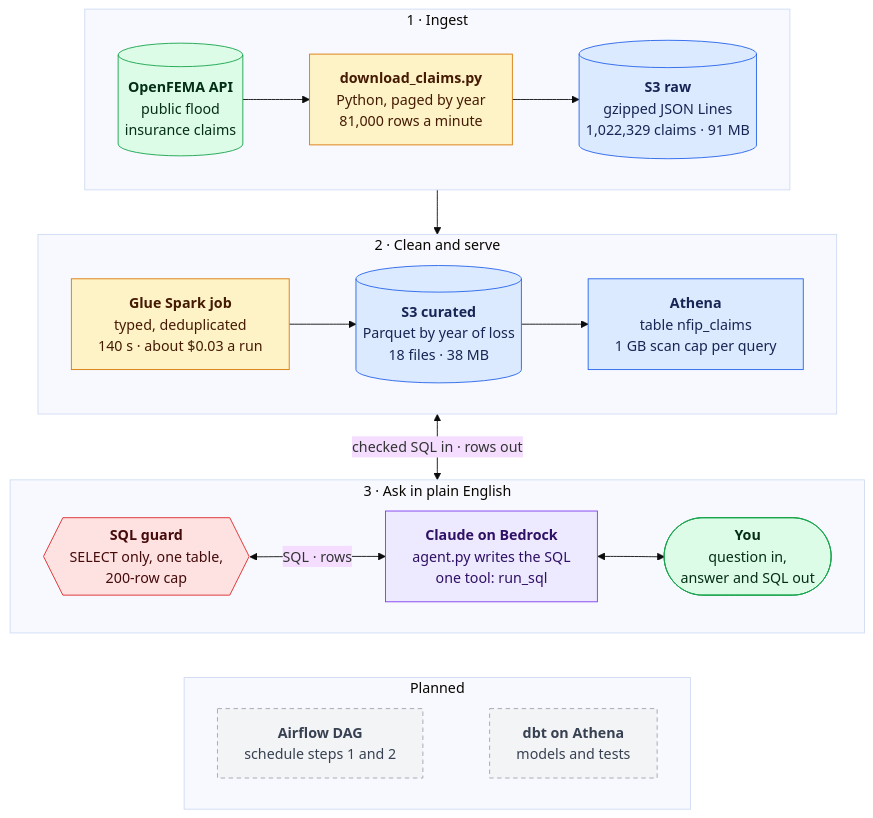
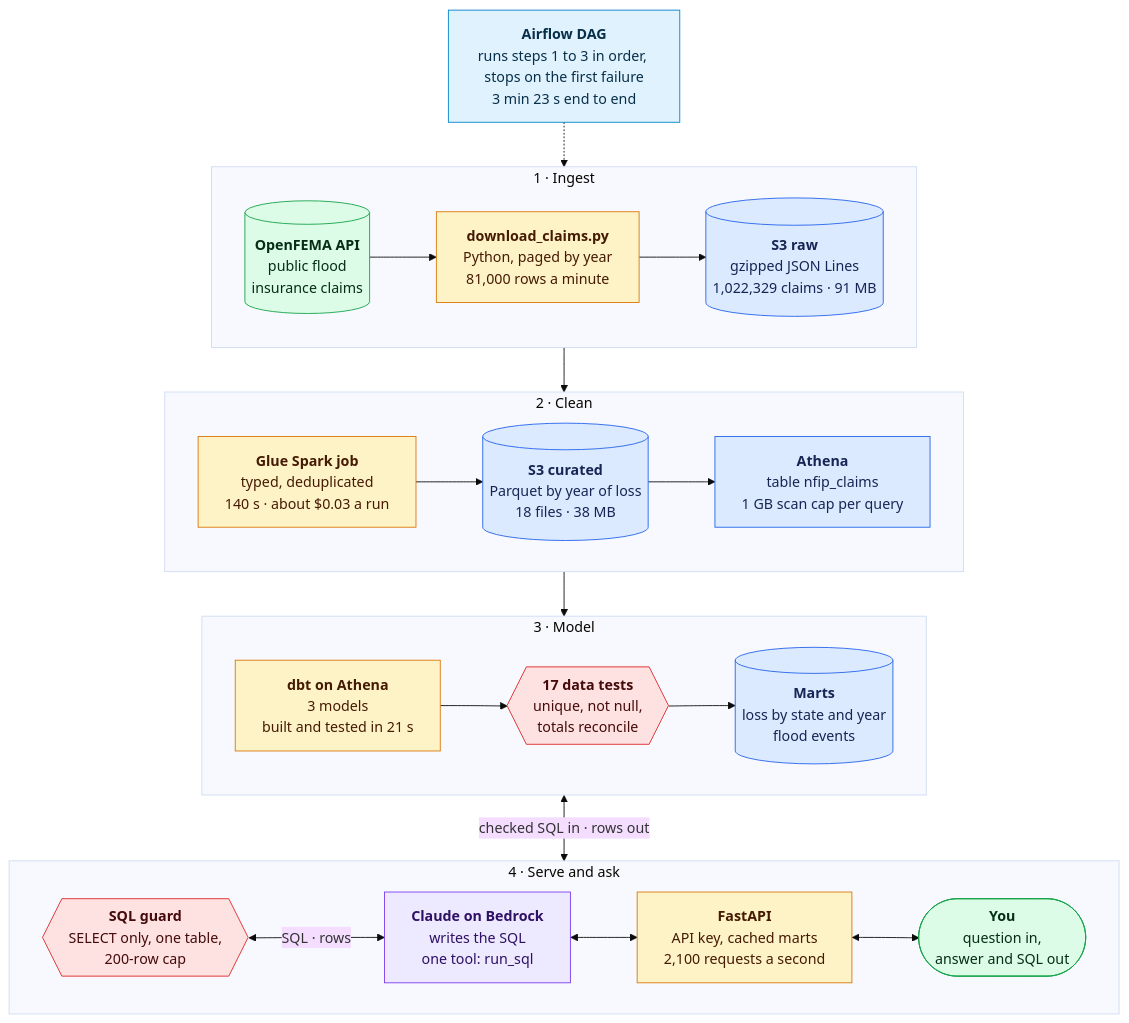
The first of 2 diagrams in README.md (byambaa1982/flood-claims-lakehouse), drawn with Mermaid (base theme) before and after one commit. The commit also changed other lines of this file and 1 other file, not shown here.

Commit message:
README: document dbt, Airflow and the API with measured numbers; parse dbt in CI

````diff
--- a/README.md
+++ b/README.md
@@ -16,52 +17,58 @@
 ```mermaid
 flowchart TB
+    air["<b>Airflow DAG</b><br/>runs steps 1 to 3 in order, stops on the first failure<br/>3 min 23 s end to end"]
+
     subgraph r1["1 · Ingest"]
         direction LR
         api[("<b>OpenFEMA API</b><br/>public flood<br/>insurance claims")]
         dl["<b>download_claims.py</b><br/>Python, paged by year<br/>81,000 rows a minute"]
         raw[("<b>S3 raw</b><br/>gzipped JSON Lines<br/>1,022,329 claims · 91 MB")]
         api --> dl --> raw
     end
 
-    subgraph r2["2 · Clean and serve"]
+    subgraph r2["2 · Clean"]
         direction LR
         glue["<b>Glue Spark job</b><br/>typed, deduplicated<br/>140 s · about $0.03 a run"]
         cur[("<b>S3 curated</b><br/>Parquet by year of loss<br/>18 files · 38 MB")]
         ath["<b>Athena</b><br/>table nfip_claims<br/>1 GB scan cap per query"]
         glue --> cur --> ath
     end
 
-    subgraph r3["3 · Ask in plain English"]
+    subgraph r3["3 · Model"]
+        direction LR
+        dbt["<b>dbt on Athena</b><br/>3 models<br/>built and tested in 21 s"]
+        tests{{"<b>17 data tests</b><br/>unique, not null,<br/>totals reconcile"}}
+        marts[("<b>Marts</b><br/>loss by state and year<br/>flood events")]
+        dbt --> tests --> marts
+    end
+
+    subgraph r4["4 · Serve and ask"]
         direction LR
         guard{{"<b>SQL guard</b><br/>SELECT only, one table,<br/>200-row cap"}}
-        agent["<b>Claude on Bedrock</b><br/>agent.py writes the SQL<br/>one tool: run_sql"]
+        agent["<b>Claude on Bedrock</b><br/>writes the SQL<br/>one tool: run_sql"]
+        fast["<b>FastAPI</b><br/>API key, cached marts<br/>2,100 requests a second"]
         you(["<b>You</b><br/>question in,<br/>answer and SQL out"])
         guard <-- "SQL · rows" --> agent
-        agent <--> you
+        agent <--> fast
+        fast <--> you
     end
 
-    subgraph r4["Planned"]
-        direction LR
-        air["<b>Airflow DAG</b><br/>schedule steps 1 and 2"]
-        dbt["<b>dbt on Athena</b><br/>models and tests"]
-        air ~~~ dbt
-    end
-
+    air -.-> r1
     r1 --> r2
-    r2 <-- "checked SQL in · rows out" --> r3
-    r3 ~~~ r4
+    r2 --> r3
+    r3 <-- "checked SQL in · rows out" --> r4
 
     classDef source fill:#dcfce7,stroke:#16a34a,color:#052e16
     classDef compute fill:#fef3c7,stroke:#d97706,color:#451a03
     classDef store fill:#dbeafe,stroke:#2563eb,color:#172554
     classDef ai fill:#ede9fe,stroke:#7c3aed,color:#2e1065
     classDef guardrail fill:#fee2e2,stroke:#dc2626,color:#450a0a
-    classDef planned fill:#f3f4f6,stroke:#9ca3af,color:#374151,stroke-dasharray: 5 4
+    classDef orchestrate fill:#e0f2fe,stroke:#0284c7,color:#082f49
 
     class api,you source
-    class dl,glue compute
-    class raw,cur,ath store
+    class dl,glue,dbt,fast compute
+    class raw,cur,ath,marts store
     class agent ai
-    class guard guardrail
-    class air,dbt planned
+    class guard,tests guardrail
+    class air orchestrate
 ```
````
